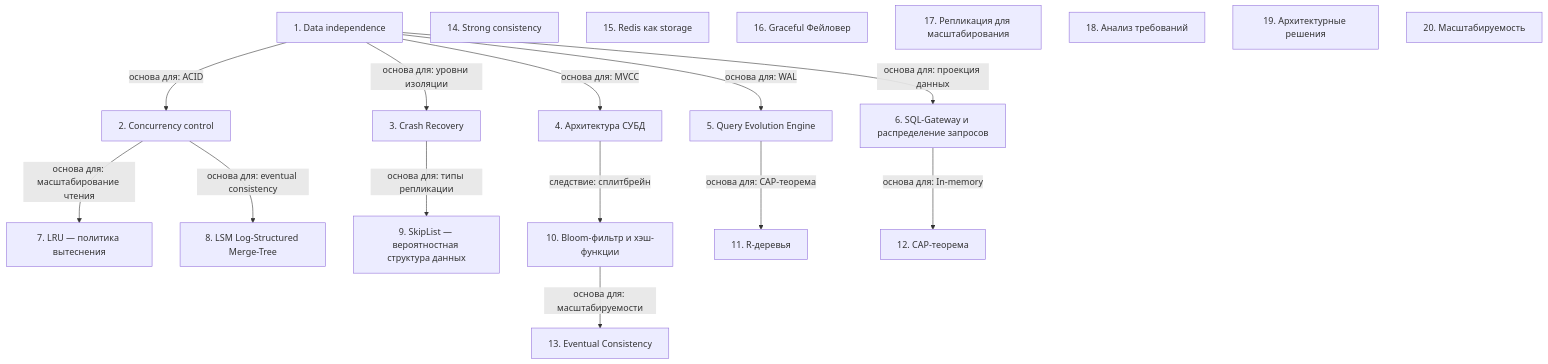
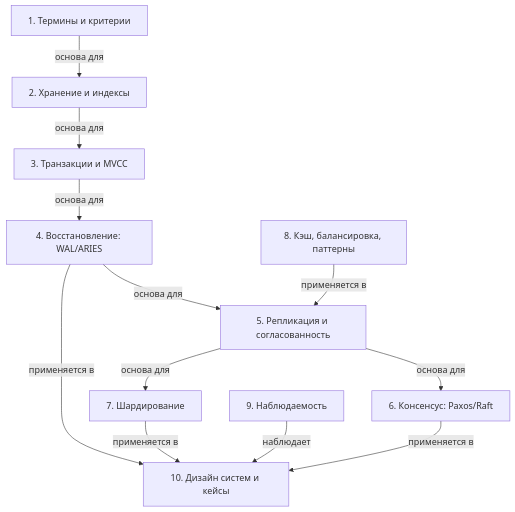
The diagram in System Design (merged)/notes.md (AsoloCode/notes), drawn with Mermaid before and after one commit. The commit also changed other lines of this file and 391 other files, not shown here.

````diff
--- a/System Design (merged)/notes.md
+++ b/System Design (merged)/notes.md
@@ -181,35 +112,25 @@
 ```mermaid
 flowchart TD
-    n1["1. Data independence"]
-    n2["2. Concurrency control"]
-    n3["3. Crash Recovery"]
-    n4["4. Архитектура СУБД"]
-    n5["5. Query Evolution Engine"]
-    n6["6. SQL-Gateway и распределение запросов"]
-    n7["7. LRU — политика вытеснения"]
-    n8["8. LSM Log-Structured Merge-Tree"]
-    n9["9. SkipList — вероятностная структура данных"]
-    n10["10. Bloom-фильтр и хэш-функции"]
-    n11["11. R-деревья"]
-    n12["12. CAP-теорема"]
-    n13["13. Eventual Consistency"]
-    n14["14. Strong consistency"]
-    n15["15. Redis как storage"]
-    n16["16. Graceful Фейловер"]
-    n17["17. Репликация для масштабирования"]
-    n18["18. Анализ требований"]
-    n19["19. Архитектурные решения"]
-    n20["20. Масштабируемость"]
-    n1 -->|основа для: ACID| n2
-    n1 -->|основа для: уровни изоляции| n3
-    n1 -->|основа для: MVCC| n4
-    n1 -->|основа для: WAL| n5
-    n1 -->|основа для: проекция данных| n6
-    n2 -->|основа для: масштабирование чтения| n7
-    n2 -->|основа для: eventual consistency| n8
-    n3 -->|основа для: типы репликации| n9
-    n4 -->|следствие: сплитбрейн| n10
-    n5 -->|основа для: CAP-теорема| n11
-    n6 -->|основа для: In-memory| n12
-    n10 -->|основа для: масштабируемости| n13
+    n1["1. Термины и критерии"]
+    n2["2. Хранение и индексы"]
+    n3["3. Транзакции и MVCC"]
+    n4["4. Восстановление: WAL/ARIES"]
+    n5["5. Репликация и согласованность"]
+    n6["6. Консенсус: Paxos/Raft"]
+    n7["7. Шардирование"]
+    n8["8. Кэш, балансировка, паттерны"]
+    n9["9. Наблюдаемость"]
+    n10["10. Дизайн систем и кейсы"]
+
+    n1 -->|основа для| n2
+    n2 -->|основа для| n3
+    n3 -->|основа для| n4
+    n4 -->|основа для| n5
+    n5 -->|основа для| n6
+    n5 -->|основа для| n7
+    n8 -->|применяется в| n5
+    n7 -->|применяется в| n10
+    n6 -->|применяется в| n10
+    n4 -->|применяется в| n10
+    n9 -->|наблюдает| n10
 ```
````
